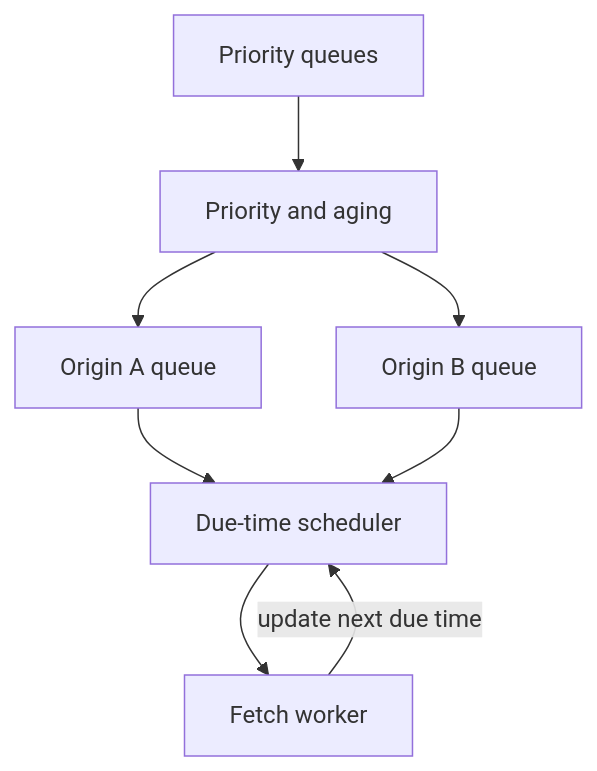
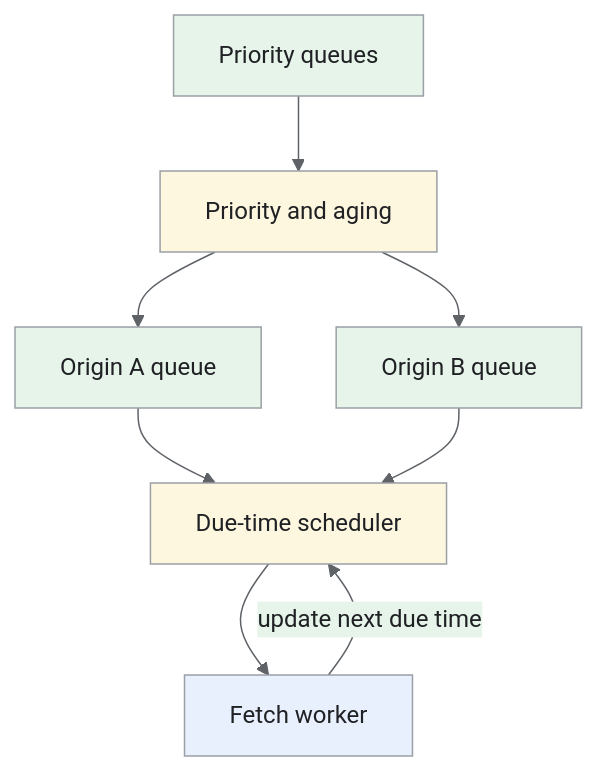
One commit to iliazlobin/iliazlobin.github.io changed the third of 5 diagrams in _designs/system-design-web-crawler.md. Above: the diagram before and after it, drawn with Mermaid. The commit also changed other lines of this file and 25 other files, not shown here.

Commit message:
docs: explain Batch B design flows and tradeoffs

````diff
--- a/_designs/system-design-web-crawler.md
+++ b/_designs/system-design-web-crawler.md
@@ -195,10 +244,18 @@
 ```mermaid
+%%{init: {'theme':'base','themeVariables':{'primaryColor':'#e8f0fe','primaryTextColor':'#202124','primaryBorderColor':'#9aa0a6','lineColor':'#5f6368','secondaryColor':'#e6f4ea','tertiaryColor':'#fef7e0','actorBkg':'#e8f0fe','actorBorder':'#9aa0a6','actorTextColor':'#202124','noteBkgColor':'#fef7e0','noteTextColor':'#202124','noteBorderColor':'#9aa0a6','signalColor':'#5f6368','signalTextColor':'#202124','labelBoxBkgColor':'#fef7e0','labelBoxBorderColor':'#9aa0a6'}}}%%
 flowchart TB
   P["Priority queues"] --> S["Priority and aging"]
   S --> A["Origin A queue"]
   S --> B["Origin B queue"]
   A --> H["Due-time scheduler"]
   B --> H
   H --> W["Fetch worker"]
   W -->|update next due time| H
+classDef request fill:#e8f0fe,stroke:#9aa0a6,color:#202124;
+classDef data fill:#e6f4ea,stroke:#9aa0a6,color:#202124;
+classDef control fill:#fef7e0,stroke:#9aa0a6,color:#202124;
+class W request;
+class P,A,B data;
+class S,H control;
+
 ```
````
